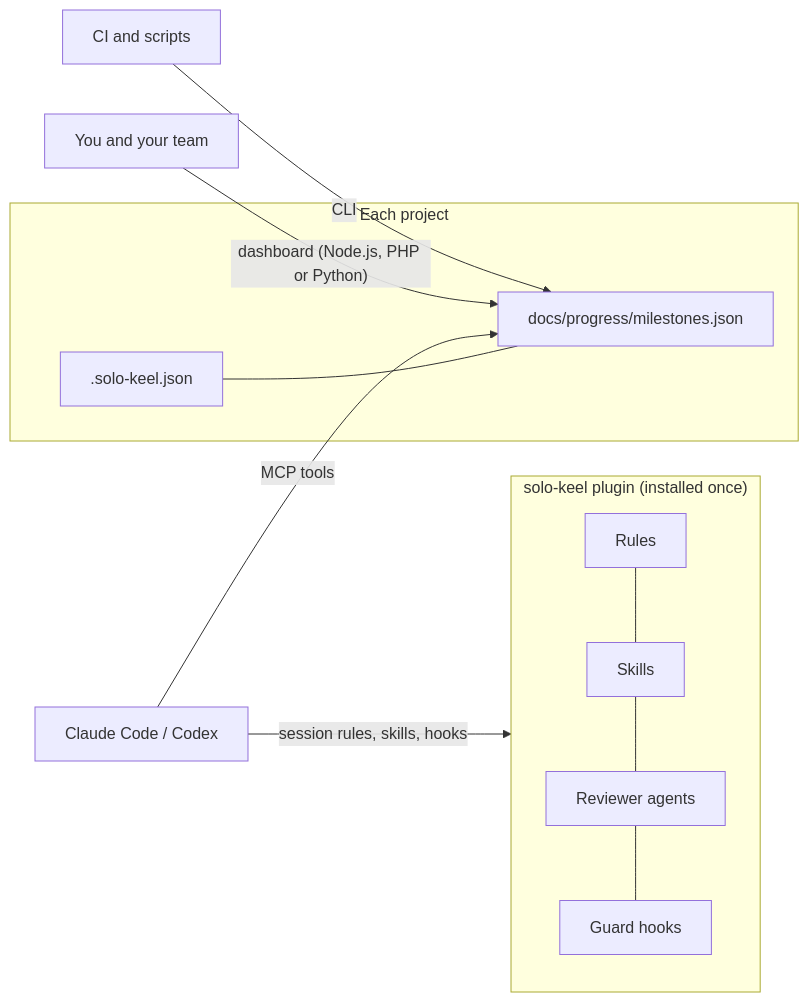
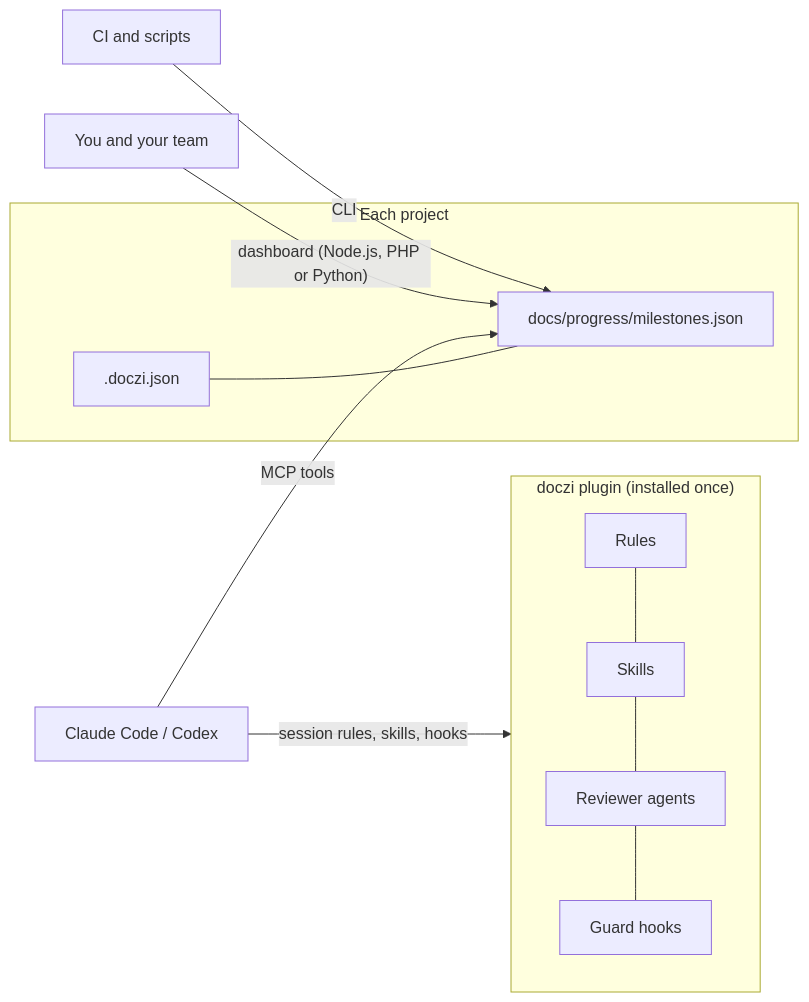
One commit to meygh/doczi changed the diagram in README.md. Above: the diagram before and after it, drawn with Mermaid. The commit also changed other lines of this file and 65 other files, not shown here.

First line of the commit message:
refactor!: rename solo-keel to doczi

````diff
--- a/README.md
+++ b/README.md
@@ -32,13 +32,13 @@
 ```mermaid
 flowchart LR
-  subgraph Plugin["solo-keel plugin (installed once)"]
+  subgraph Plugin["doczi plugin (installed once)"]
     R[Rules] --- S[Skills] --- A[Reviewer agents] --- H[Guard hooks]
   end
   subgraph Project["Each project"]
-    C[.solo-keel.json] --- P[docs/progress/milestones.json]
+    C[.doczi.json] --- P[docs/progress/milestones.json]
   end
   Agent["Claude Code / Codex"] -- "session rules, skills, hooks" --> Plugin
   Agent -- "MCP tools" --> P
   People["You and your team"] -- "dashboard (Node.js, PHP or Python)" --> P
   Scripts["CI and scripts"] -- "CLI" --> P
 ```
````
